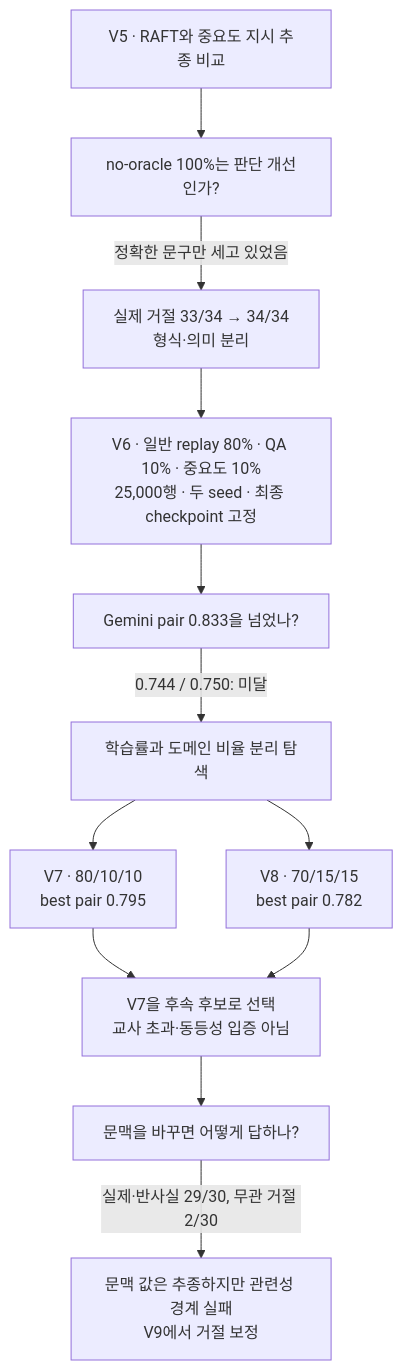
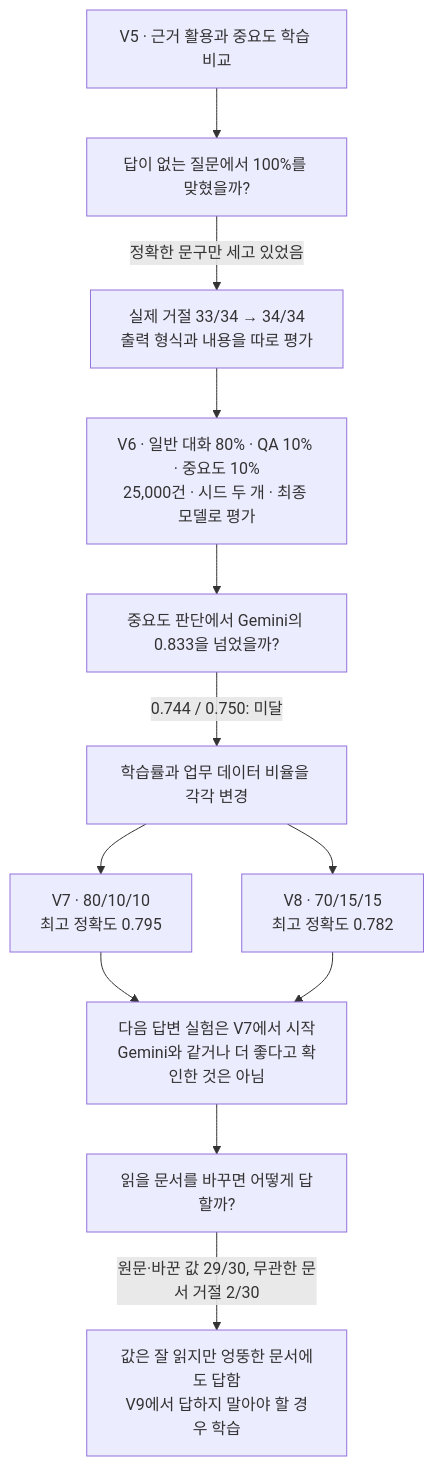
The diagram in assets/images/diagrams/myscdoc-decisions/03-v5-v8.mmd (merryAI-dev/merryAI-dev.github.io), drawn with Mermaid before and after one commit. The commit also changed 10 other files, not shown here.

Commit message:
Polish Korean narrative and decision diagram wording

```diff
--- a/assets/images/diagrams/myscdoc-decisions/03-v5-v8.mmd
+++ b/assets/images/diagrams/myscdoc-decisions/03-v5-v8.mmd
@@ -1,18 +1,18 @@
 flowchart TD
- V5["V5 · RAFT와 중요도 지시 추종 비교"] --> Q["no-oracle 100%는 판단 개선인가?"]
+ V5["V5 · 근거 활용과 중요도 학습 비교"] --> Q["답이 없는 질문에서 100%를 맞혔을까?"]
  Q -->|정확한 문구만 세고 있었음| A["실제 거절 33/34 → 34/34
-형식·의미 분리"]
- A --> V6["V6 · 일반 replay 80% · QA 10% · 중요도 10%
-25,000행 · 두 seed · 최종 checkpoint 고정"]
- V6 --> Q6["Gemini pair 0.833을 넘었나?"]
- Q6 -->|0.744 / 0.750: 미달| B["학습률과 도메인 비율 분리 탐색"]
+출력 형식과 내용을 따로 평가"]
+ A --> V6["V6 · 일반 대화 80% · QA 10% · 중요도 10%
+25,000건 · 시드 두 개 · 최종 모델로 평가"]
+ V6 --> Q6["중요도 판단에서 Gemini의 0.833을 넘었을까?"]
+ Q6 -->|0.744 / 0.750: 미달| B["학습률과 업무 데이터 비율을 각각 변경"]
  B --> V7["V7 · 80/10/10
-best pair 0.795"]
+최고 정확도 0.795"]
  B --> V8["V8 · 70/15/15
-best pair 0.782"]
- V7 --> C["V7을 후속 후보로 선택
-교사 초과·동등성 입증 아님"]
+최고 정확도 0.782"]
+ V7 --> C["다음 답변 실험은 V7에서 시작
+Gemini와 같거나 더 좋다고 확인한 것은 아님"]
  V8 --> C
- C --> D["문맥을 바꾸면 어떻게 답하나?"]
- D -->|실제·반사실 29/30, 무관 거절 2/30| E["문맥 값은 추종하지만 관련성 경계 실패
-V9에서 거절 보정"]
+ C --> D["읽을 문서를 바꾸면 어떻게 답할까?"]
+ D -->|원문·바꾼 값 29/30, 무관한 문서 거절 2/30| E["값은 잘 읽지만 엉뚱한 문서에도 답함
+V9에서 답하지 말아야 할 경우 학습"]
```
